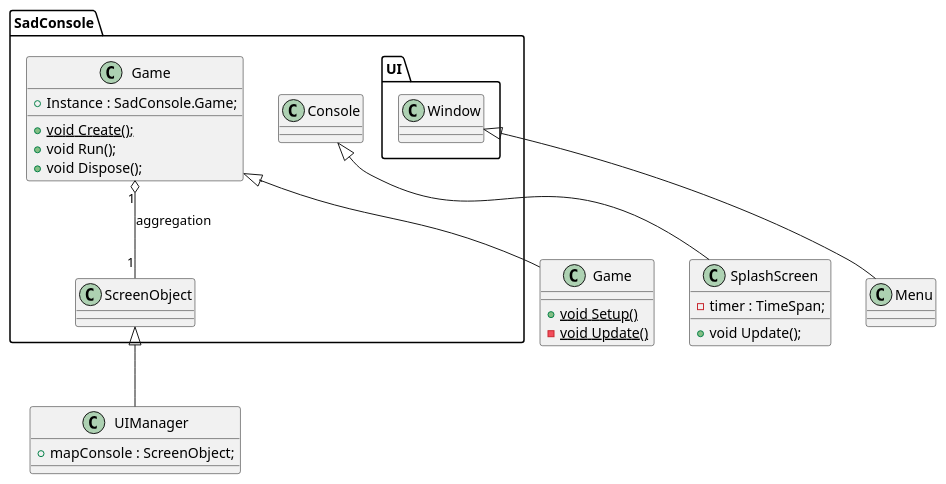
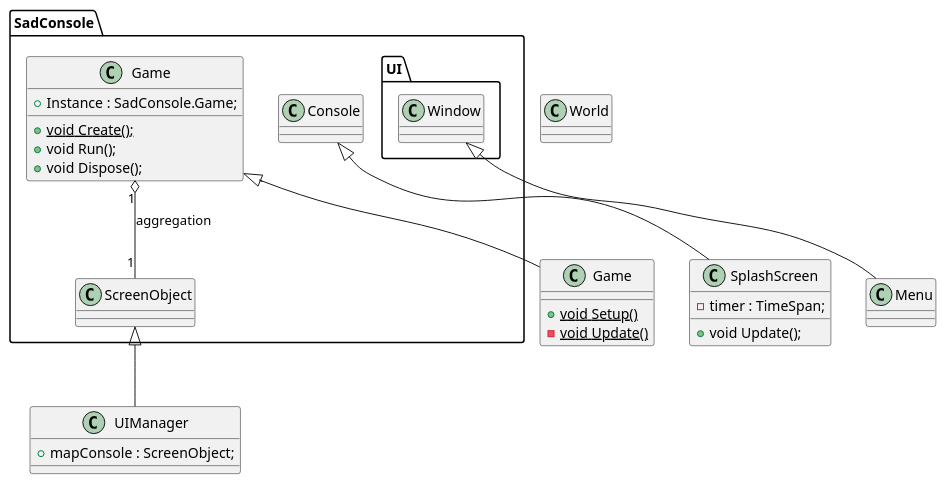
The diagram in doc/UML.wsd (KasperK87/project), drawn with PlantUML before and after one commit. The commit also changed 7 other files, not shown here.

```diff
--- a/doc/UML.wsd
+++ b/doc/UML.wsd
@@ -4,50 +4,54 @@
 @startuml test
 
 Class SadConsole.Game{
     + Instance : SadConsole.Game;
 
     + {static} void Create();
     + void Run();
     + void Dispose();
 }
 
 Class SadConsole.ScreenObject{
 
 }
 
 Class SadConsole.UI.Window{
 
 }
 
 Class SadConsole.Console
 
 Class UIManager{
     + mapConsole : ScreenObject;
 }
 
 Class SplashScreen{
     - timer : TimeSpan;
 
     + void Update();
 }
 
+Class World{
+    
+}
+
 Class Menu{
 
 }
 
 Class Game{
     + {static} void Setup()
     - {static} void Update()
 }
 
 SadConsole.Game "1" o-- "1" SadConsole.ScreenObject : aggregation
 'Game "0-1" o-- "1" SplashScreen
 'Game "1" o-- "1" Menu
 
 SadConsole.Game <|-- Game
 SadConsole.ScreenObject <|-- UIManager
 SadConsole.Console <|-- SplashScreen
 SadConsole.UI.Window <|-- Menu
 
 
 @enduml
```
